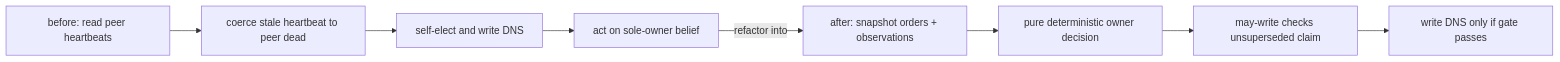
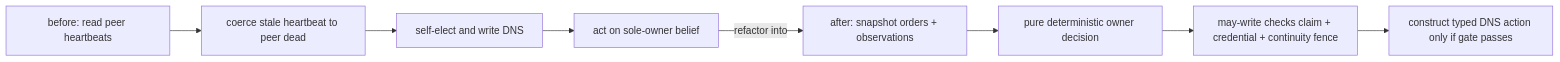
The sixth of 11 diagrams in documents/engineering/chaos_hardening_doctrine.md (Tuee22/prodbox), drawn with Mermaid before and after one commit. The commit also changed other lines of this file and 140 other files, not shown here.

````diff
--- a/documents/engineering/chaos_hardening_doctrine.md
+++ b/documents/engineering/chaos_hardening_doctrine.md
@@ -1121,10 +1142,10 @@
 ```mermaid
 flowchart LR
   T1["before: read peer heartbeats"] --> T2["coerce stale heartbeat to peer dead"]
   T2 --> T3["self-elect and write DNS"]
   T3 --> T4["act on sole-owner belief"]
   L1["after: snapshot orders + observations"] --> L2["pure deterministic owner decision"]
-  L2 --> L3["may-write checks unsuperseded claim"]
-  L3 --> L4["write DNS only if gate passes"]
+  L2 --> L3["may-write checks claim + credential + continuity fence"]
+  L3 --> L4["construct typed DNS action only if gate passes"]
   T4 -->|"refactor into"| L1
 ```
````
